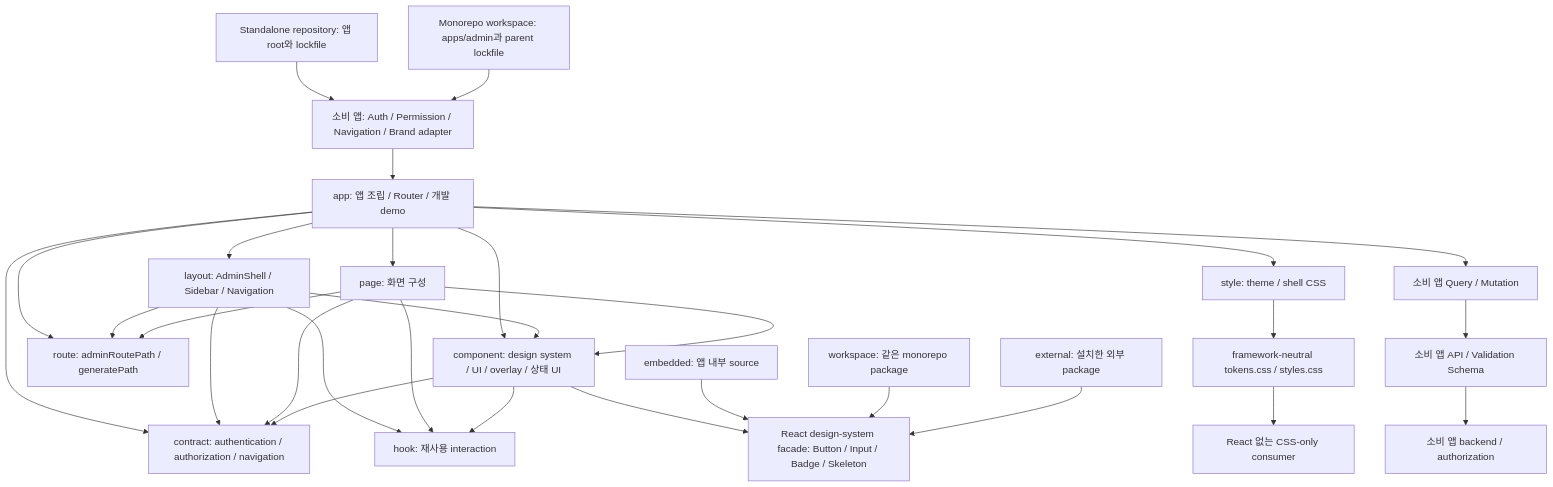
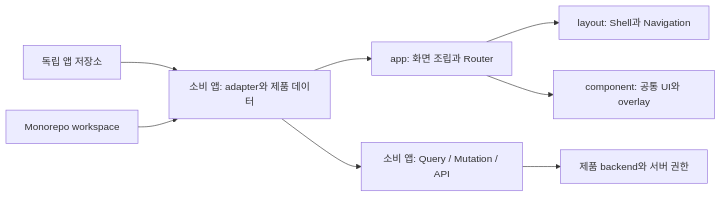
One commit to dixsoft-lab/dix-admin-template changed the diagram in README.md. Above: the diagram before and after it, drawn with Mermaid. The commit also changed other lines of this file and 135 other files, not shown here.

````diff
--- a/README.md
+++ b/README.md
@@ -22,52 +20,19 @@
 ```mermaid
-flowchart TB
-  Standalone["Standalone repository: 앱 root와 lockfile"]
-  Workspace["Monorepo workspace: apps/admin과 parent lockfile"]
-  Consumer["소비 앱: Auth / Permission / Navigation / Brand adapter"]
-  App["app: 앱 조립 / Router / 개발 demo"]
-  Page["page: 화면 구성"]
-  Layout["layout: AdminShell / Sidebar / Navigation"]
-  Component["component: design system / UI / overlay / 상태 UI"]
-  Contract["contract: authentication / authorization / navigation"]
-  Hook["hook: 재사용 interaction"]
-  Path["route: adminRoutePath / generatePath"]
-  Style["style: theme / shell CSS"]
-  Data["소비 앱 Query / Mutation"]
-  Api["소비 앱 API / Validation Schema"]
-  Backend["소비 앱 backend / authorization"]
-  Facade["React design-system facade: Button / Input / Badge / Skeleton"]
-  Embedded["embedded: 앱 내부 source"]
-  Package["workspace: 같은 monorepo package"]
-  External["external: 설치한 외부 package"]
-  Css["framework-neutral tokens.css / styles.css"]
-  CssConsumer["React 없는 CSS-only consumer"]
+flowchart LR
+  Standalone["독립 앱 저장소"]
+  Workspace["Monorepo workspace"]
+  Consumer["소비 앱: adapter와 제품 데이터"]
+  App["app: 화면 조립과 Router"]
+  Layout["layout: Shell과 Navigation"]
+  Component["component: 공통 UI와 overlay"]
+  Data["소비 앱: Query / Mutation / API"]
+  Backend["제품 backend와 서버 권한"]
 
   Standalone --> Consumer
   Workspace --> Consumer
   Consumer --> App
-  App --> Page
   App --> Layout
   App --> Component
-  App --> Contract
-  App --> Path
-  App --> Style
-  App --> Data
-  Layout --> Component
-  Layout --> Contract
-  Layout --> Hook
-  Layout --> Path
-  Page --> Component
-  Page --> Contract
-  Page --> Hook
-  Page --> Path
-  Component --> Contract
-  Component --> Hook
-  Data --> Api
-  Api --> Backend
-  Component --> Facade
-  Embedded --> Facade
-  Package --> Facade
-  External --> Facade
-  Style --> Css
-  Css --> CssConsumer
+  Consumer --> Data
+  Data --> Backend
 ```
````
